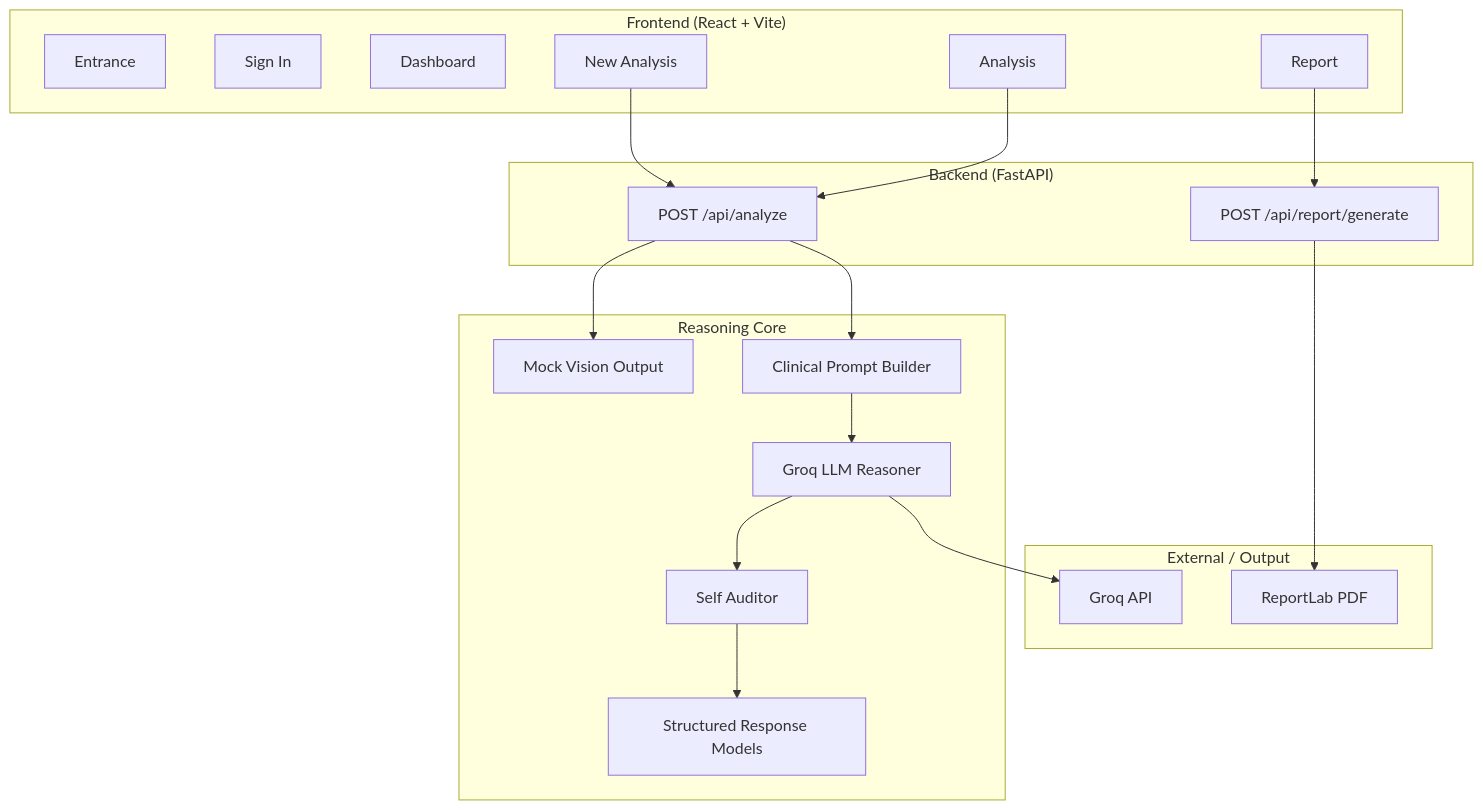
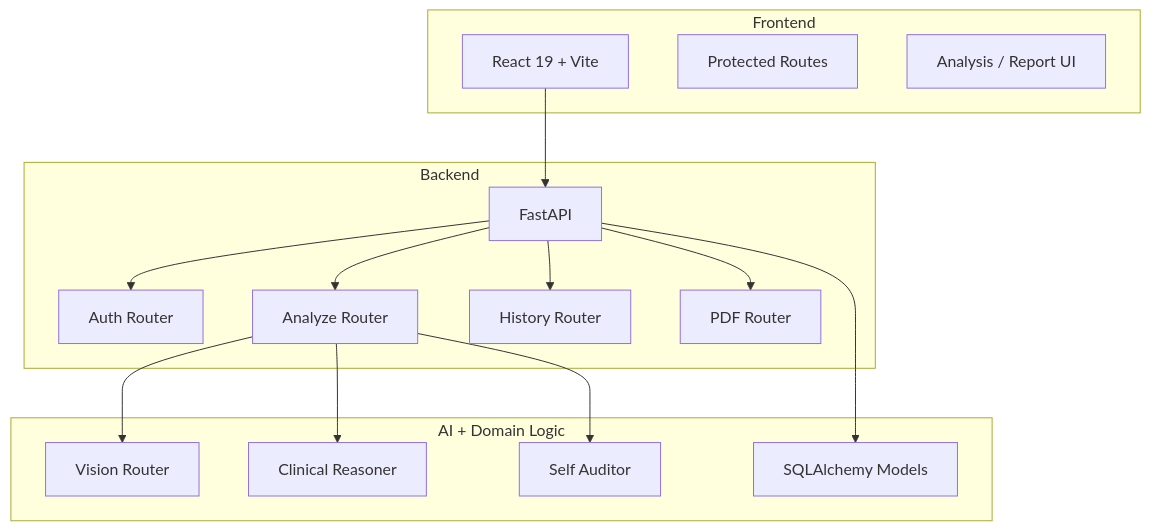
The second of 2 diagrams in README.md (vishva2410/ONCO-DETECT-), drawn with Mermaid before and after one commit. The commit also changed other lines of this file and 32 other files, not shown here.

````diff
--- a/README.md
+++ b/README.md
@@ -92,41 +70,33 @@
 ```mermaid
 flowchart TB
-    subgraph FE["Frontend (React + Vite)"]
-        FE1["Entrance"]
-        FE2["Sign In"]
-        FE3["Dashboard"]
-        FE4["New Analysis"]
-        FE5["Analysis"]
-        FE6["Report"]
+    subgraph FE["Frontend"]
+        A["React 19 + Vite"]
+        B["Protected Routes"]
+        C["Analysis / Report UI"]
     end
 
-    subgraph API["Backend (FastAPI)"]
-        API1["POST /api/analyze"]
-        API2["POST /api/report/generate"]
+    subgraph API["Backend"]
+        D["FastAPI"]
+        E["Auth Router"]
+        F["Analyze Router"]
+        G["History Router"]
+        H["PDF Router"]
     end
 
-    subgraph CORE["Reasoning Core"]
-        C1["Mock Vision Output"]
-        C2["Clinical Prompt Builder"]
-        C3["Groq LLM Reasoner"]
-        C4["Self Auditor"]
-        C5["Structured Response Models"]
+    subgraph CORE["AI + Domain Logic"]
+        I["Vision Router"]
+        J["Clinical Reasoner"]
+        K["Self Auditor"]
+        L["SQLAlchemy Models"]
     end
 
-    subgraph EXT["External / Output"]
-        E1["Groq API"]
-        E2["ReportLab PDF"]
-    end
-
-    FE4 --> API1
-    FE5 --> API1
-    FE6 --> API2
-
-    API1 --> C1
-    API1 --> C2
-    C2 --> C3
-    C3 --> C4
-    C4 --> C5
-    C3 --> E1
-    API2 --> E2
+    A --> D
+    D --> E
+    D --> F
+    D --> G
+    D --> H
+    F --> I
+    F --> J
+    F --> K
+    D --> L
 ```
````
